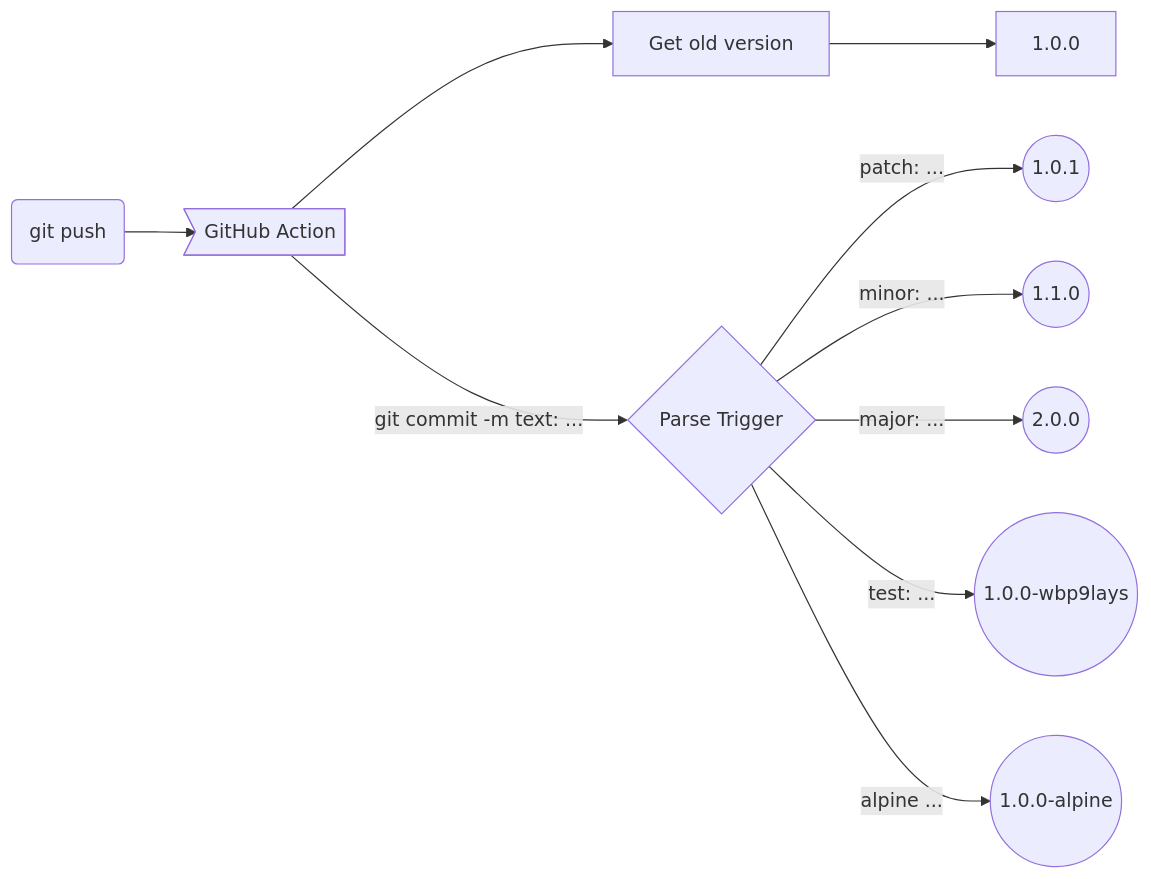
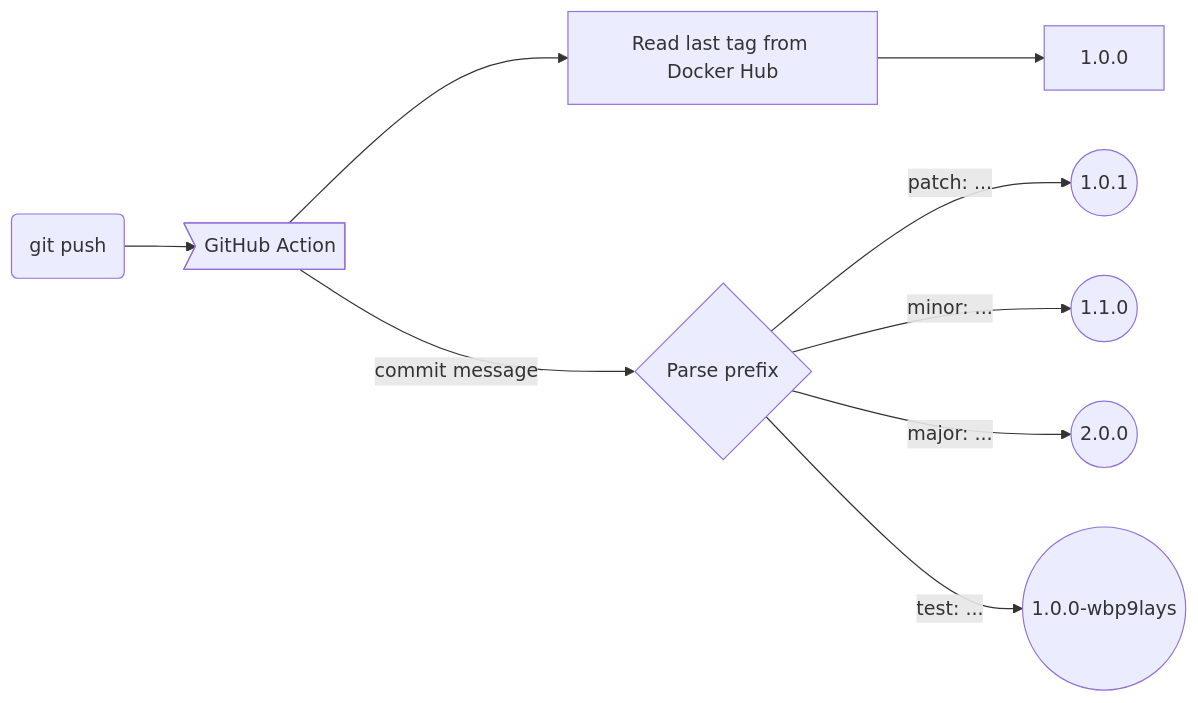
One commit to jpradoar/event-driven-architecture changed the diagram in README.md. Above: the diagram before and after it, drawn with Mermaid. The commit also changed other lines of this file, not shown here.

````diff
--- a/README.md
+++ b/README.md
@@ -96,13 +164,11 @@
 ```mermaid
 graph LR
     A(git push) --> B>GitHub Action]
-    B --> C[Get old version ]
+    B --> C[Read last tag from Docker Hub]
     C --> D[1.0.0]
-    B --> | git commit -m text: ...| E{Parse Trigger}
+    B --> | commit message | E{Parse prefix}
     E --> |patch: ...| F((1.0.1))
     E --> |minor: ...| G((1.1.0))
     E --> |major: ...| H((2.0.0))
     E --> |test: ... | I((1.0.0-wbp9lays))
-    E --> |alpine ...| J((1.0.0-alpine))
-
 ```
````
